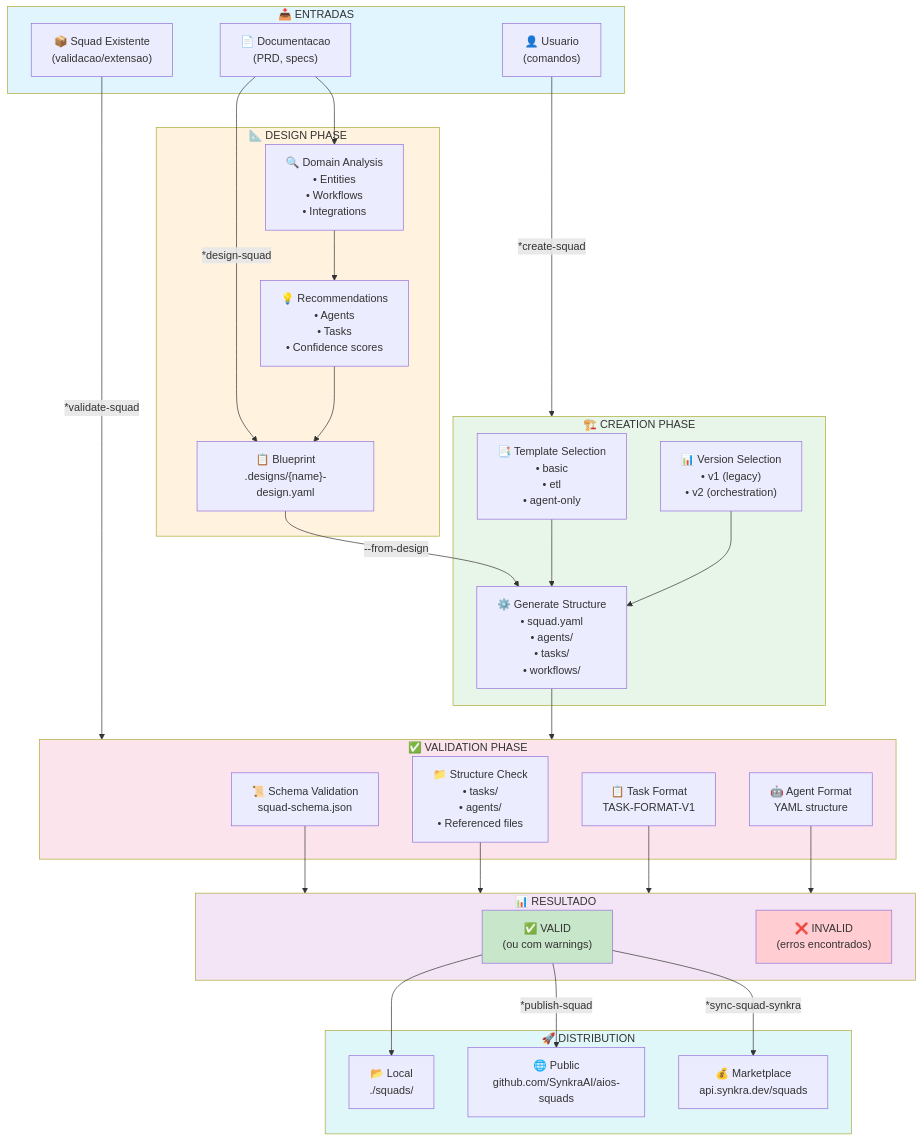
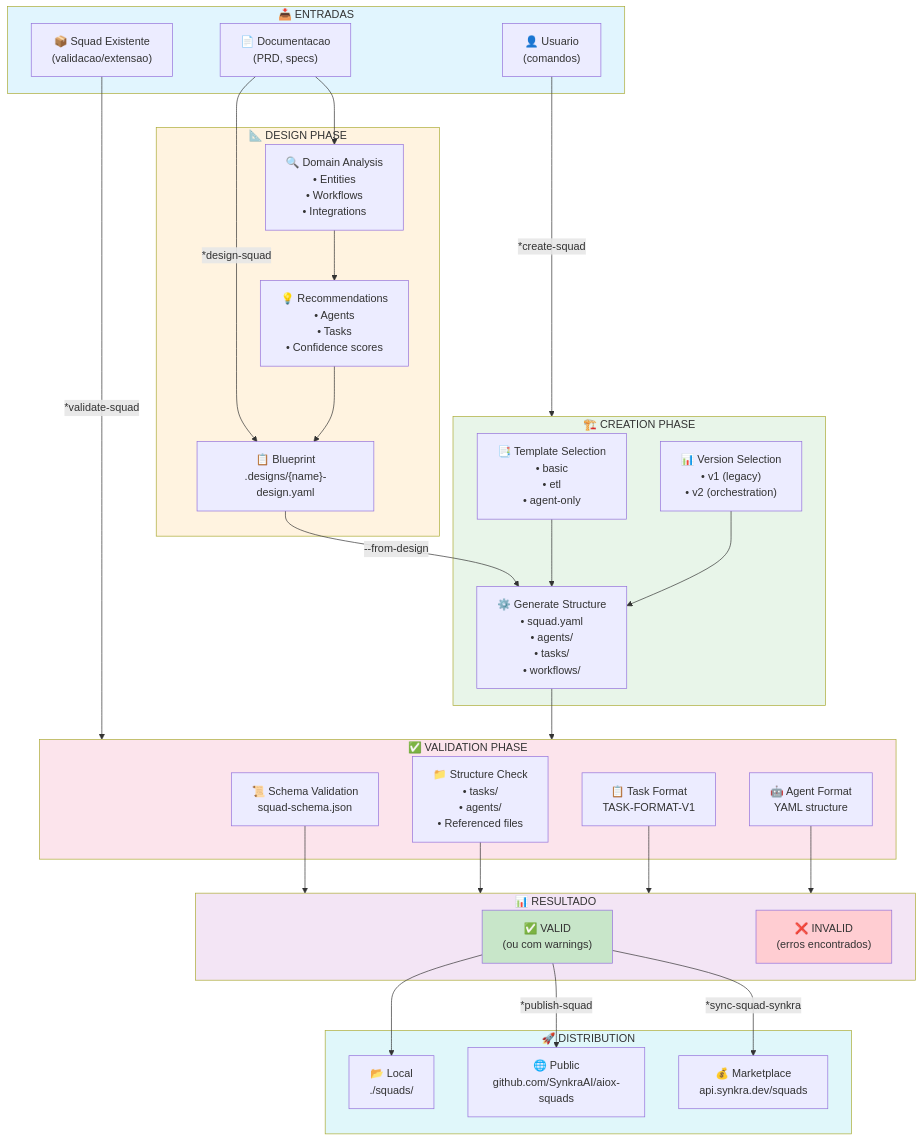
Before and after one commit to brunajunckes/aiox-core: the first of 6 diagrams in docs/guides/agents/SQUAD-CREATOR-SYSTEM.md, drawn with Mermaid. The commit also changed other lines of this file and 3446 other files, not shown here.

First line of the commit message:
chore: rebrand aios → aiox across entire codebase (#552)

````diff
--- a/docs/guides/agents/SQUAD-CREATOR-SYSTEM.md
+++ b/docs/guides/agents/SQUAD-CREATOR-SYSTEM.md
@@ -107,69 +107,69 @@
 ```mermaid
 flowchart TB
     subgraph INPUTS["📥 ENTRADAS"]
         DOCS["📄 Documentacao<br/>(PRD, specs)"]
         USER["👤 Usuario<br/>(comandos)"]
         EXISTING["📦 Squad Existente<br/>(validacao/extensao)"]
     end
 
     DOCS -->|"*design-squad"| BLUEPRINT
     USER -->|"*create-squad"| CREATE
     EXISTING -->|"*validate-squad"| VALIDATE
 
     subgraph DESIGN["📐 DESIGN PHASE"]
         BLUEPRINT["📋 Blueprint<br/>.designs/{name}-design.yaml"]
         ANALYSIS["🔍 Domain Analysis<br/>• Entities<br/>• Workflows<br/>• Integrations"]
         RECOMMEND["💡 Recommendations<br/>• Agents<br/>• Tasks<br/>• Confidence scores"]
     end
 
     DOCS --> ANALYSIS
     ANALYSIS --> RECOMMEND
     RECOMMEND --> BLUEPRINT
 
     subgraph CREATE["🏗️ CREATION PHASE"]
         TEMPLATE["📑 Template Selection<br/>• basic<br/>• etl<br/>• agent-only"]
         VERSION["📊 Version Selection<br/>• v1 (legacy)<br/>• v2 (orchestration)"]
         GENERATE["⚙️ Generate Structure<br/>• squad.yaml<br/>• agents/<br/>• tasks/<br/>• workflows/"]
     end
 
     BLUEPRINT -->|"--from-design"| GENERATE
     TEMPLATE --> GENERATE
     VERSION --> GENERATE
 
     subgraph VALIDATE["✅ VALIDATION PHASE"]
         SCHEMA["📜 Schema Validation<br/>squad-schema.json"]
         STRUCTURE["📁 Structure Check<br/>• tasks/<br/>• agents/<br/>• Referenced files"]
         TASK_FMT["📋 Task Format<br/>TASK-FORMAT-V1"]
         AGENT_FMT["🤖 Agent Format<br/>YAML structure"]
     end
 
     GENERATE --> VALIDATE
     SCHEMA --> RESULT
     STRUCTURE --> RESULT
     TASK_FMT --> RESULT
     AGENT_FMT --> RESULT
 
     subgraph RESULT["📊 RESULTADO"]
         VALID["✅ VALID<br/>(ou com warnings)"]
         INVALID["❌ INVALID<br/>(erros encontrados)"]
     end
 
     subgraph DISTRIBUTE["🚀 DISTRIBUTION"]
         LOCAL["📂 Local<br/>./squads/"]
-        PUBLIC["🌐 Public<br/>github.com/SynkraAI/aios-squads"]
+        PUBLIC["🌐 Public<br/>github.com/SynkraAI/aiox-squads"]
         MARKET["💰 Marketplace<br/>api.synkra.dev/squads"]
     end
 
     VALID --> LOCAL
     VALID -->|"*publish-squad"| PUBLIC
     VALID -->|"*sync-squad-synkra"| MARKET
 
     style INPUTS fill:#e1f5fe
     style DESIGN fill:#fff3e0
     style CREATE fill:#e8f5e9
     style VALIDATE fill:#fce4ec
     style RESULT fill:#f3e5f5
     style DISTRIBUTE fill:#e0f7fa
     style VALID fill:#c8e6c9
     style INVALID fill:#ffcdd2
 ```
````
